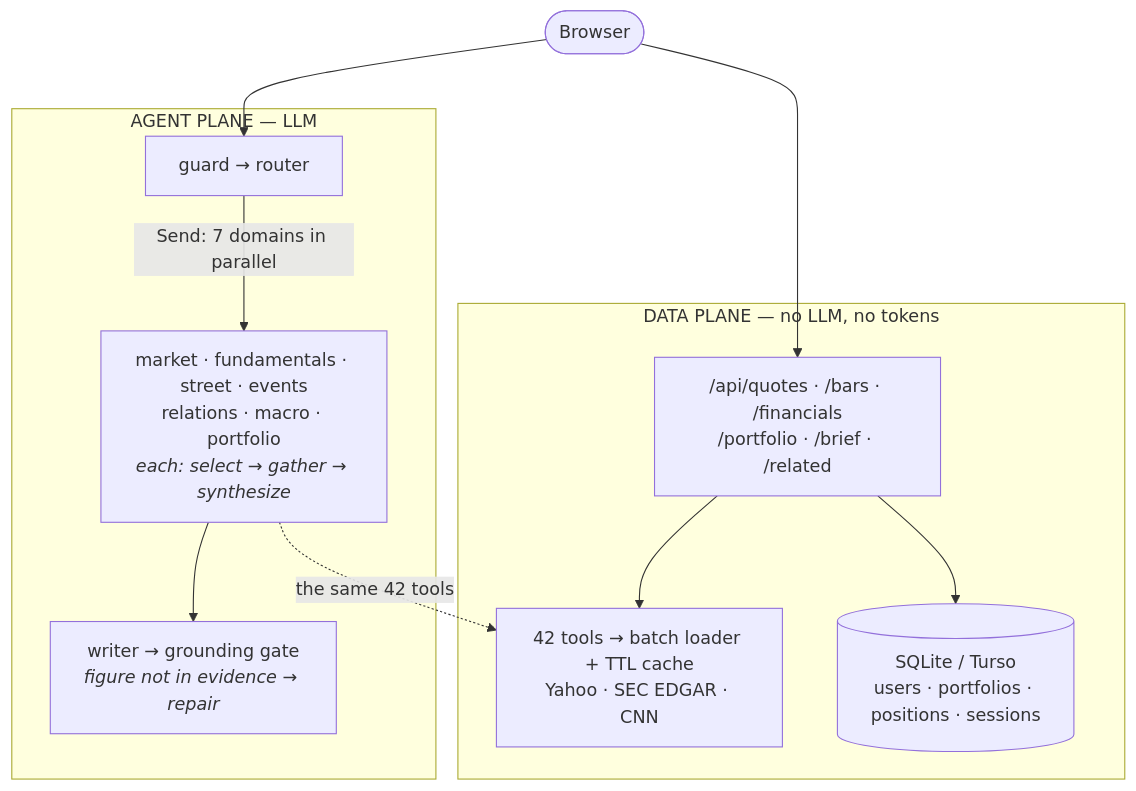
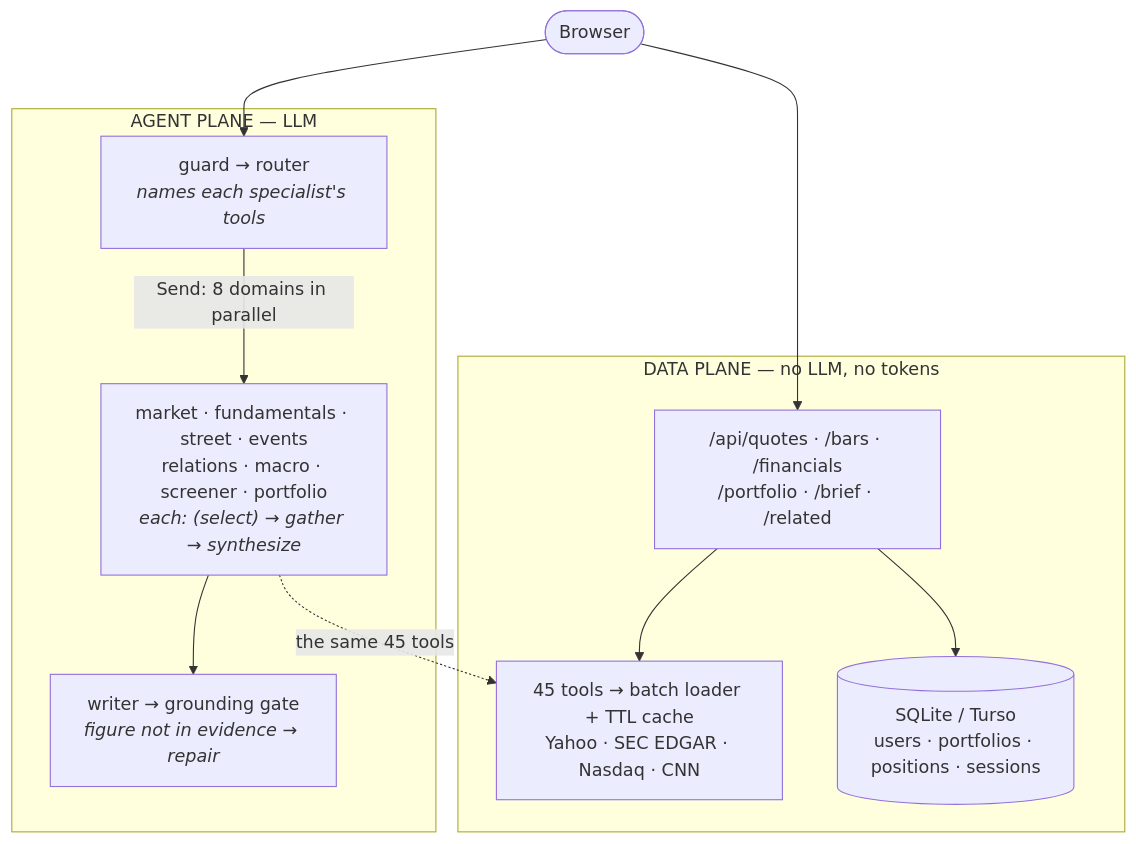
The diagram in README.md (DavidL72Code/Agentic-Stocks-Dashboard), drawn with Mermaid before and after one commit. The commit also changed other lines of this file and 17 other files, not shown here.

````diff
--- a/README.md
+++ b/README.md
@@ -15,18 +15,18 @@
 ```mermaid
 flowchart TD
     UI([Browser]) --> R
     UI --> RT
 
     subgraph DP["DATA PLANE &mdash; no LLM, no tokens"]
         R["/api/quotes &middot; /bars &middot; /financials<br/>/portfolio &middot; /brief &middot; /related"]
-        R --> T["42 tools &rarr; batch loader + TTL cache<br/>Yahoo &middot; SEC EDGAR &middot; CNN"]
+        R --> T["45 tools &rarr; batch loader + TTL cache<br/>Yahoo &middot; SEC EDGAR &middot; Nasdaq &middot; CNN"]
         R --> DB[("SQLite / Turso<br/>users &middot; portfolios &middot; positions &middot; sessions")]
     end
 
     subgraph AP["AGENT PLANE &mdash; LLM"]
-        RT["guard &rarr; router"] -->|"Send: 7 domains in parallel"| D["market &middot; fundamentals &middot; street &middot; events<br/>relations &middot; macro &middot; portfolio<br/><i>each: select &rarr; gather &rarr; synthesize</i>"]
+        RT["guard &rarr; router<br/><i>names each specialist's tools</i>"] -->|"Send: 8 domains in parallel"| D["market &middot; fundamentals &middot; street &middot; events<br/>relations &middot; macro &middot; screener &middot; portfolio<br/><i>each: (select) &rarr; gather &rarr; synthesize</i>"]
         D --> W["writer &rarr; grounding gate<br/><i>figure not in evidence &rarr; repair</i>"]
     end
 
-    D -. the same 42 tools .-> T
+    D -. the same 45 tools .-> T
 ```
````
